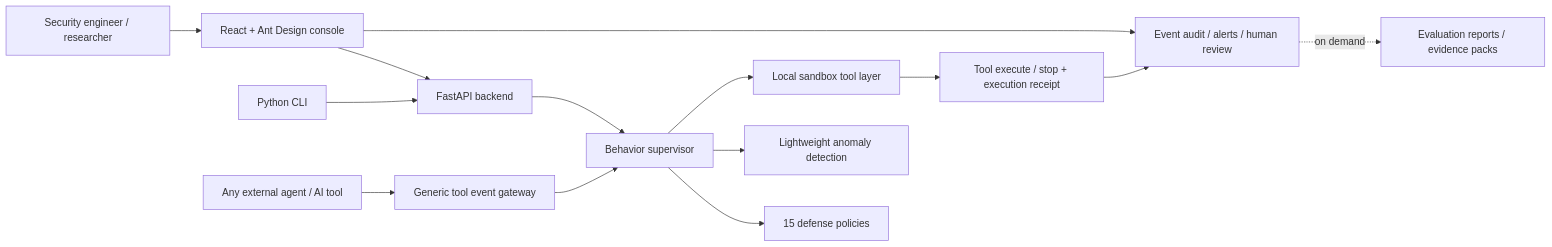
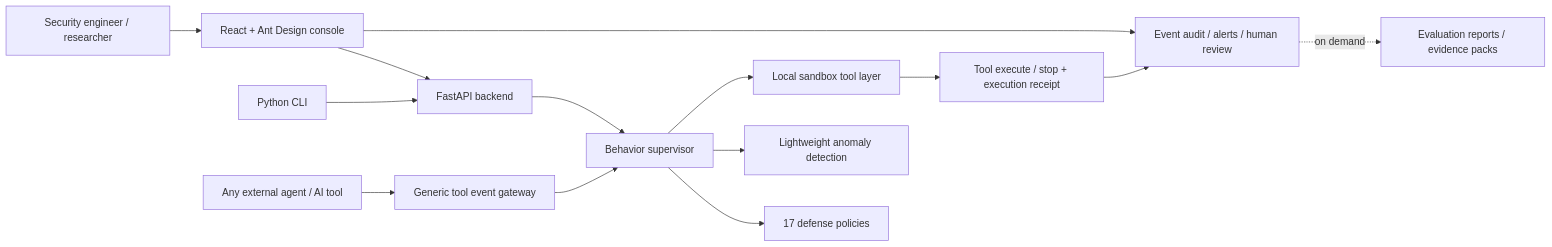
Before and after one commit to Chengxiaoyu1119/AgentBulwark: the diagram in README_EN.md, drawn with Mermaid. The commit also changed other lines of this file and 217 other files, not shown here.

````diff
--- a/README_EN.md
+++ b/README_EN.md
@@ -70,16 +71,16 @@
 ```mermaid
 flowchart LR
   User["Security engineer / researcher"] --> UI["React + Ant Design console"]
   UI --> API["FastAPI backend"]
   CLI["Python CLI"] --> API
   External["Any external agent / AI tool"] --> Gateway["Generic tool event gateway"]
   Gateway --> Supervisor["Behavior supervisor"]
   API --> Supervisor
-  Supervisor --> Policies["15 defense policies"]
+  Supervisor --> Policies["17 defense policies"]
   Supervisor --> Anomaly["Lightweight anomaly detection"]
   Supervisor --> Sandbox["Local sandbox tool layer"]
   Sandbox --> Receipt["Tool execute / stop + execution receipt"]
   Receipt --> Audit["Event audit / alerts / human review"]
   Audit -.on demand.-> Evidence["Evaluation reports / evidence packs"]
   UI --> Audit
 ```
````
